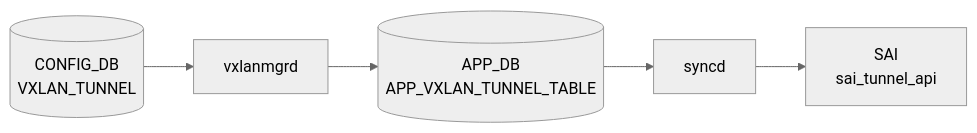
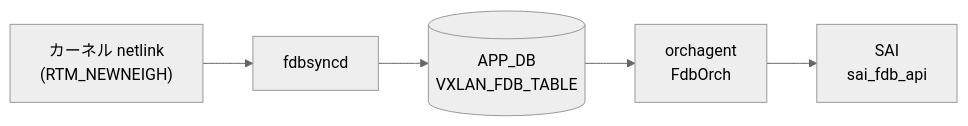
The diagram in docs/reference/config-db/vxlan-fdb.md (aoki-taquan/sonic-unofficial-docs), drawn with Mermaid (neutral theme) before and after one commit. The commit also changed other lines of this file and 3 other files, not shown here.

First line of the commit message:
review(batch-123): fix diagram errors and stale references in vxlan/warm-restart pages

````diff
--- a/docs/reference/config-db/vxlan-fdb.md
+++ b/docs/reference/config-db/vxlan-fdb.md
@@ -46,12 +46,12 @@
 ```mermaid
 flowchart LR
-  CDB[("CONFIG_DB<br/>VXLAN_TUNNEL")]
-  DM["vxlanmgrd"]
-  CDB --> DM
-  APPDB[("APP_DB<br/>APP_VXLAN_TUNNEL_TABLE")]
-  DM --> APPDB
-  SYNCD["syncd"]
-  APPDB --> SYNCD
-  SAI["SAI<br/>sai_tunnel_api"]
-  SYNCD --> SAI
+  NL["カーネル netlink<br/>(RTM_NEWNEIGH)"]
+  FBDS["fdbsyncd"]
+  NL --> FBDS
+  APPDB[("APP_DB<br/>VXLAN_FDB_TABLE")]
+  FBDS --> APPDB
+  OA["orchagent<br/>FdbOrch"]
+  APPDB --> OA
+  SAI["SAI<br/>sai_fdb_api"]
+  OA --> SAI
 ```
````
